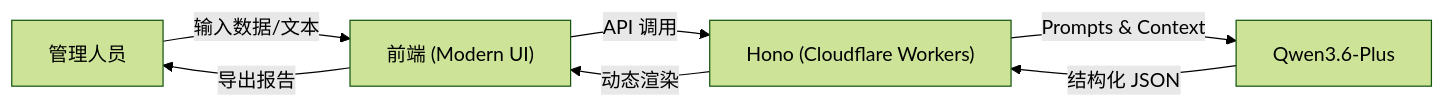
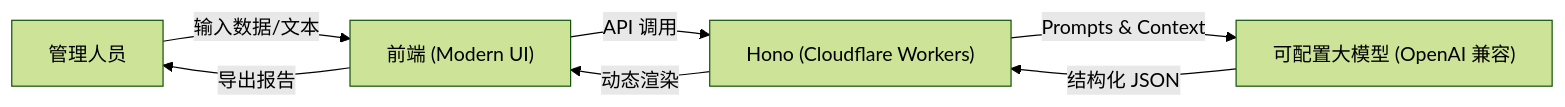
One commit to HuoTaoCN/RAPAS changed the first of 2 diagrams in README.md. Above: the diagram before and after it, drawn with Mermaid (forest theme). The commit also changed other lines of this file and 8 other files, not shown here.

````diff
--- a/README.md
+++ b/README.md
@@ -71,9 +71,9 @@
 ```mermaid
 graph LR
     User["管理人员"] -->|输入数据/文本| Web["前端 (Modern UI)"]
     Web -->|"API 调用"| Functions["Hono (Cloudflare Workers)"]
-    Functions -->|"Prompts & Context"| LLM["Qwen3.6-Plus"]
+    Functions -->|"Prompts & Context"| LLM["可配置大模型 (OpenAI 兼容)"]
     LLM -->|"结构化 JSON"| Functions
     Functions -->|"动态渲染"| Web
     Web -->|"导出报告"| User
 ```
````
